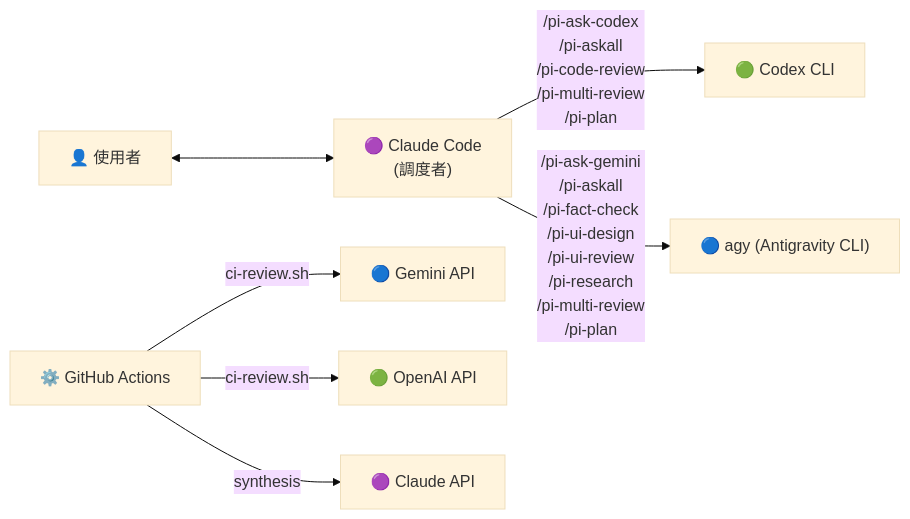
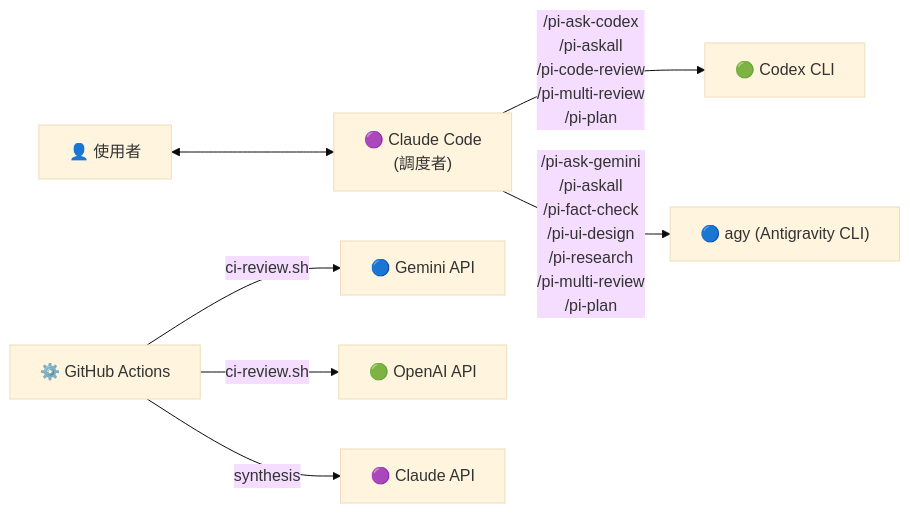
Before and after one commit to tznthou/claude-prism: the first of 2 diagrams in README.zh-TW.md, drawn with Mermaid (base theme). The commit also changed other lines of this file and 10 other files, not shown here.

````diff
--- a/README.zh-TW.md
+++ b/README.zh-TW.md
@@ -297,9 +288,9 @@
 ```mermaid
 flowchart LR
     User["👤 使用者"] <--> Claude["🟣 Claude Code\n(調度者)"]
     Claude -->|"/pi-ask-codex\n/pi-askall\n/pi-code-review\n/pi-multi-review\n/pi-plan"| Codex["🟢 Codex CLI"]
-    Claude -->|"/pi-ask-gemini\n/pi-askall\n/pi-fact-check\n/pi-ui-design\n/pi-ui-review\n/pi-research\n/pi-multi-review\n/pi-plan"| Gemini["🔵 agy (Antigravity CLI)"]
+    Claude -->|"/pi-ask-gemini\n/pi-askall\n/pi-fact-check\n/pi-ui-design\n/pi-research\n/pi-multi-review\n/pi-plan"| Gemini["🔵 agy (Antigravity CLI)"]
     CI["⚙️ GitHub Actions"] -->|"ci-review.sh"| GeminiAPI["🔵 Gemini API"]
     CI -->|"ci-review.sh"| OpenAIAPI["🟢 OpenAI API"]
     CI -->|"synthesis"| ClaudeAPI["🟣 Claude API"]
 ```
````
